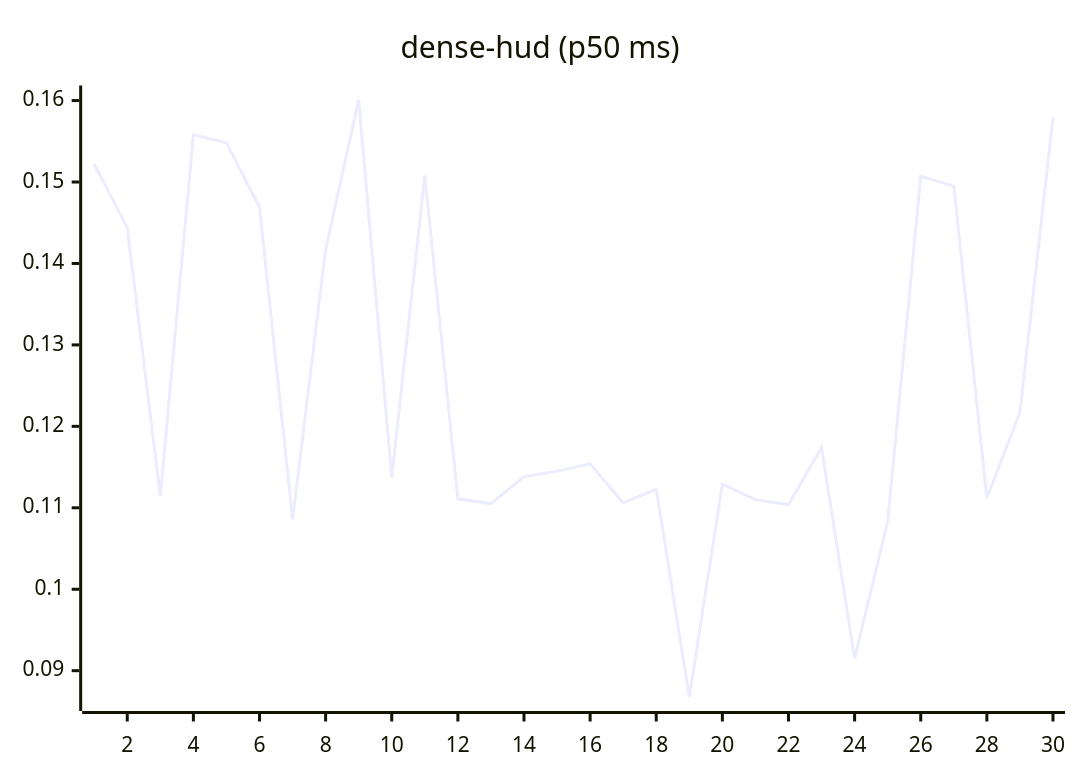
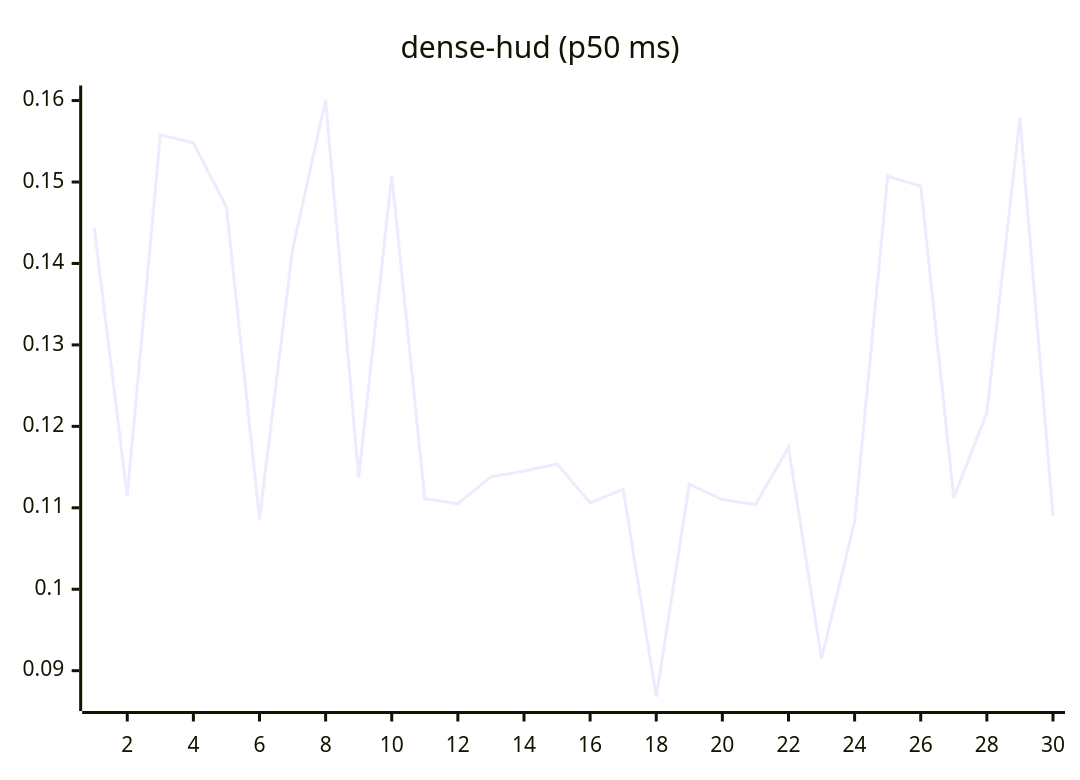
One commit to josha/Facet changed the eighth of 27 diagrams in README.md. Above: the diagram before and after it, drawn with Mermaid. The commit also changed other lines of this file and 2 other files, not shown here.

````diff
--- a/README.md
+++ b/README.md
@@ -112,6 +112,6 @@
 ```mermaid
 xychart-beta
     title "dense-hud (p50 ms)"
     x-axis 1 --> 30
-    line [0.1522, 0.1444, 0.1114, 0.1558, 0.1548, 0.1469, 0.1086, 0.1417, 0.1601, 0.1137, 0.1508, 0.1111, 0.1105, 0.1138, 0.1145, 0.1154, 0.1106, 0.1123, 0.0868, 0.1129, 0.1110, 0.1104, 0.1174, 0.0915, 0.1083, 0.1507, 0.1495, 0.1112, 0.1217, 0.1579]
+    line [0.1444, 0.1114, 0.1558, 0.1548, 0.1469, 0.1086, 0.1417, 0.1601, 0.1137, 0.1508, 0.1111, 0.1105, 0.1138, 0.1145, 0.1154, 0.1106, 0.1123, 0.0868, 0.1129, 0.1110, 0.1104, 0.1174, 0.0915, 0.1083, 0.1507, 0.1495, 0.1112, 0.1217, 0.1579, 0.1090]
 ```
````
